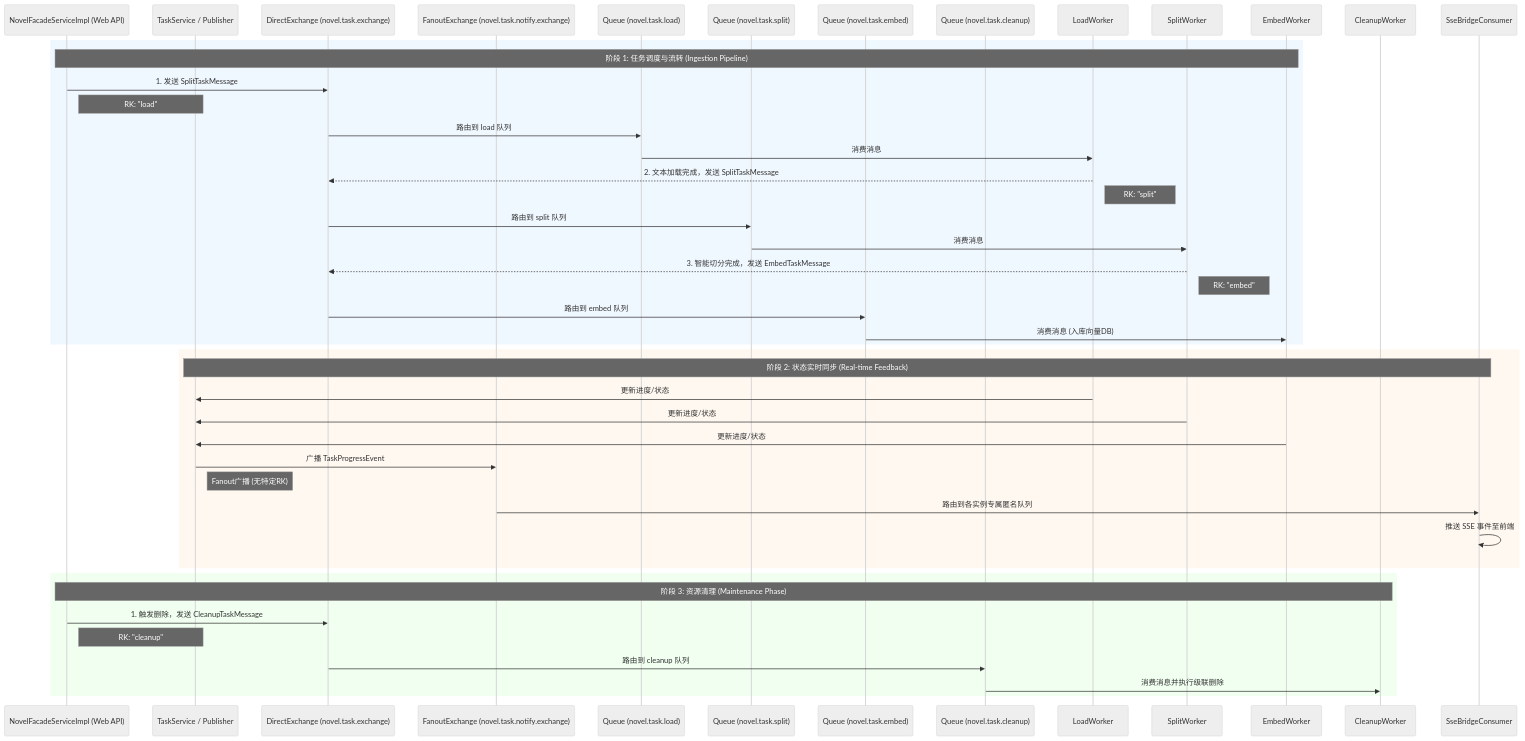
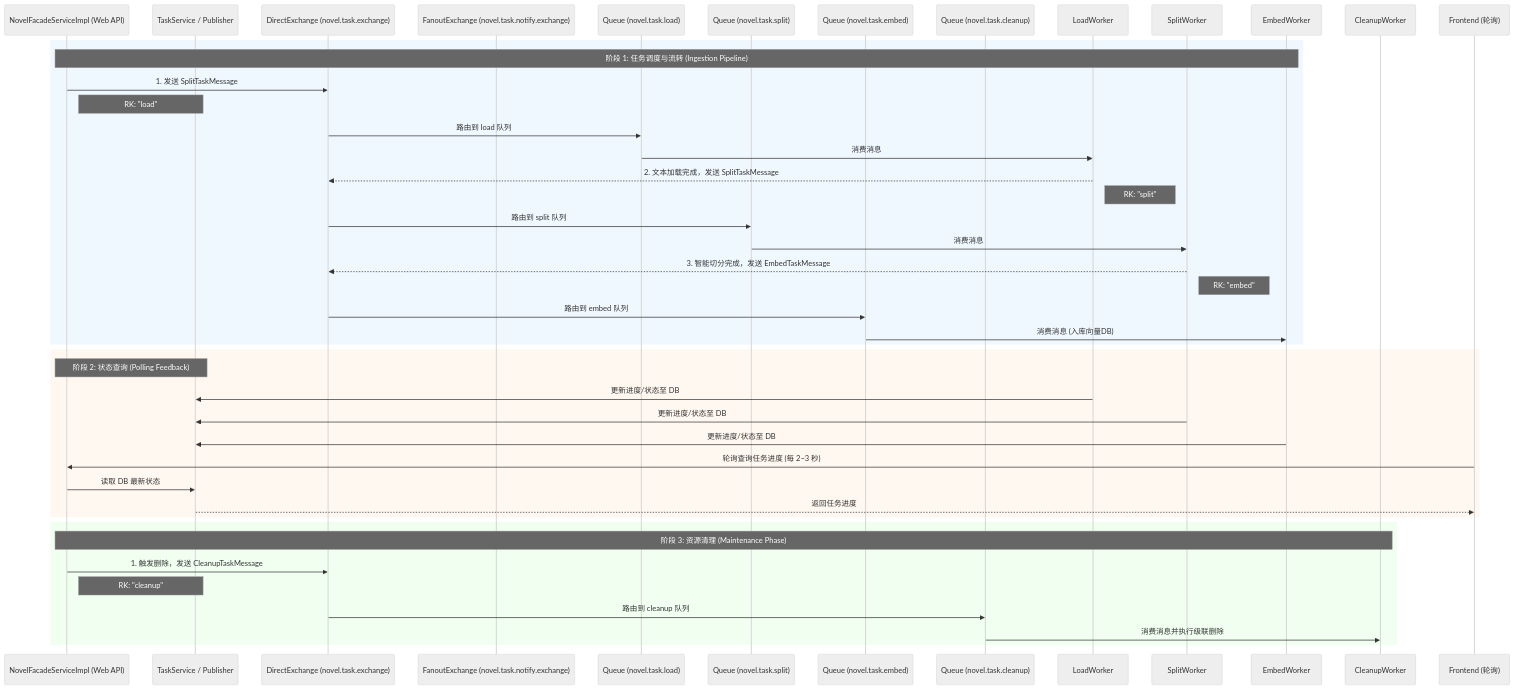
The diagram in message-queue-architecture.md (liulasty/novel-splitter), drawn with Mermaid (neutral theme) before and after one commit. The commit also changed other lines of this file, not shown here.

Commit message:
feat: DDD 架构 JPA 注解规范

````diff
--- a/message-queue-architecture.md
+++ b/message-queue-architecture.md
@@ -14,54 +14,53 @@
 ```mermaid
 sequenceDiagram
     participant WebAPI as NovelFacadeServiceImpl (Web API)
     participant TaskSvc as TaskService / Publisher
     participant Exchange as DirectExchange (novel.task.exchange)
     participant Fanout as FanoutExchange (novel.task.notify.exchange)
     participant LoadQ as Queue (novel.task.load)
     participant SplitQ as Queue (novel.task.split)
     participant EmbedQ as Queue (novel.task.embed)
     participant CleanupQ as Queue (novel.task.cleanup)
     participant LoadW as LoadWorker
     participant SplitW as SplitWorker
     participant EmbedW as EmbedWorker
     participant CleanupW as CleanupWorker
-    participant SSE as SseBridgeConsumer
+    participant Frontend as Frontend (轮询)
 
     %% 1. Ingestion Pipeline
     rect rgb(240, 248, 255)
     Note over WebAPI, EmbedW: 阶段 1: 任务调度与流转 (Ingestion Pipeline)
     WebAPI->>Exchange: 1. 发送 SplitTaskMessage
     Note right of WebAPI: RK: "load"
     Exchange->>LoadQ: 路由到 load 队列
     LoadQ->>LoadW: 消费消息
     LoadW-->>Exchange: 2. 文本加载完成，发送 SplitTaskMessage
     Note right of LoadW: RK: "split"
     Exchange->>SplitQ: 路由到 split 队列
     SplitQ->>SplitW: 消费消息
     SplitW-->>Exchange: 3. 智能切分完成，发送 EmbedTaskMessage
     Note right of SplitW: RK: "embed"
     Exchange->>EmbedQ: 路由到 embed 队列
     EmbedQ->>EmbedW: 消费消息 (入库向量DB)
     end
 
-    %% 2. Real-time Feedback
+    %% 2. 状态查询 (Polling Feedback)
     rect rgb(255, 248, 240)
-    Note over TaskSvc, SSE: 阶段 2: 状态实时同步 (Real-time Feedback)
-    LoadW->>TaskSvc: 更新进度/状态
-    SplitW->>TaskSvc: 更新进度/状态
-    EmbedW->>TaskSvc: 更新进度/状态
-    TaskSvc->>Fanout: 广播 TaskProgressEvent
-    Note right of TaskSvc: Fanout广播 (无特定RK)
-    Fanout->>SSE: 路由到各实例专属匿名队列
-    SSE->>SSE: 推送 SSE 事件至前端
+    Note over WebAPI, TaskSvc: 阶段 2: 状态查询 (Polling Feedback)
+    LoadW->>TaskSvc: 更新进度/状态至 DB
+    SplitW->>TaskSvc: 更新进度/状态至 DB
+    EmbedW->>TaskSvc: 更新进度/状态至 DB
+    Frontend->>WebAPI: 轮询查询任务进度 (每 2~3 秒)
+    WebAPI->>TaskSvc: 读取 DB 最新状态
+    TaskSvc-->>Frontend: 返回任务进度
     end
 
     %% 3. Maintenance Phase
     rect rgb(240, 255, 240)
     Note over WebAPI, CleanupW: 阶段 3: 资源清理 (Maintenance Phase)
     WebAPI->>Exchange: 1. 触发删除，发送 CleanupTaskMessage
     Note right of WebAPI: RK: "cleanup"
     Exchange->>CleanupQ: 路由到 cleanup 队列
     CleanupQ->>CleanupW: 消费消息并执行级联删除
     end
 ```
````
